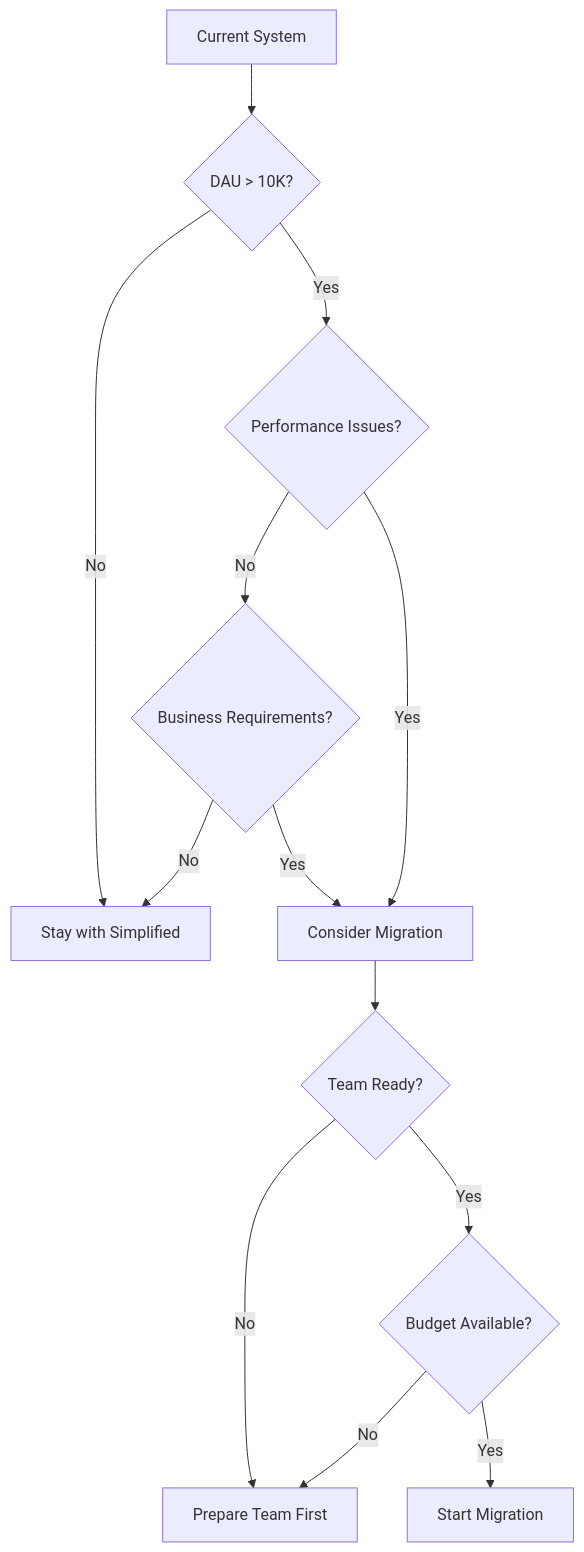
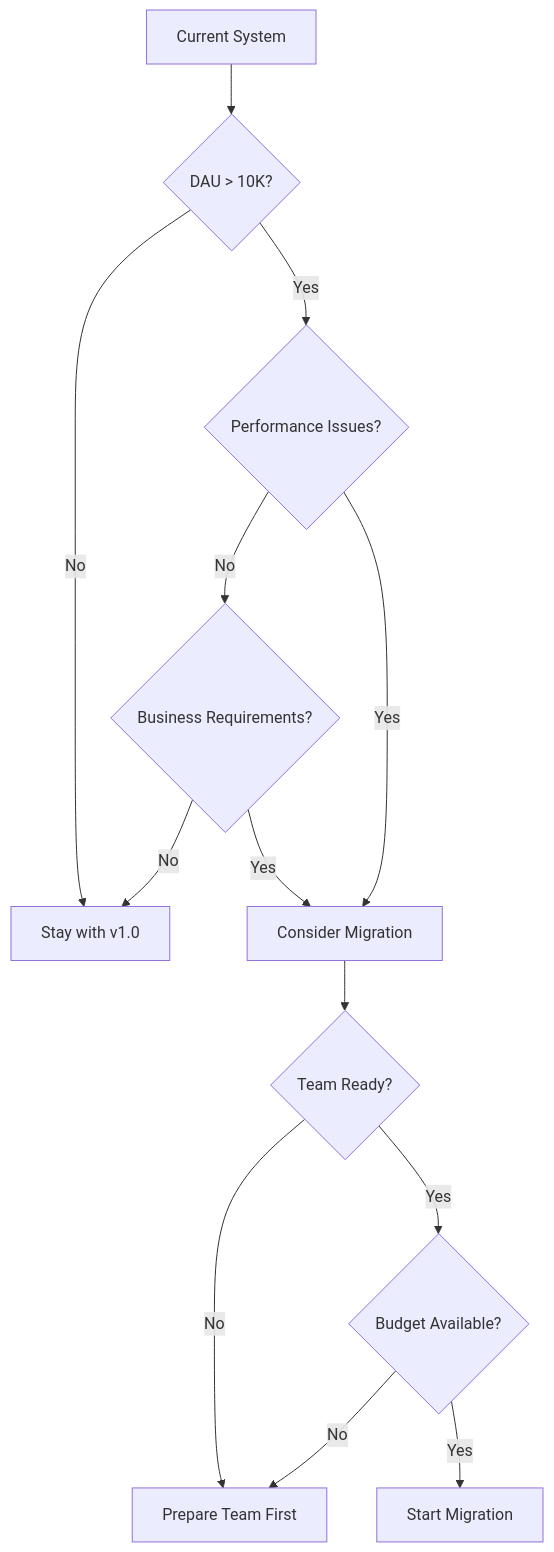
One commit to convexwf/uim-go changed the second of 3 diagrams in doc/design/design-document-guide.md. Above: the diagram before and after it, drawn with Mermaid. The commit also changed other lines of this file and 4 other files, not shown here.

````diff
--- a/doc/design/design-document-guide.md
+++ b/doc/design/design-document-guide.md
@@ -387,15 +389,15 @@
 ```mermaid
 graph TD
     A[Current System] --> B{DAU > 10K?}
-    B -->|No| C[Stay with Simplified]
+    B -->|No| C[Stay with v1.0]
     B -->|Yes| D{Performance Issues?}
     D -->|No| E{Business Requirements?}
     D -->|Yes| F[Consider Migration]
     E -->|No| C
     E -->|Yes| F
     F --> G{Team Ready?}
     G -->|No| H[Prepare Team First]
     G -->|Yes| I{Budget Available?}
     I -->|No| H
     I -->|Yes| J[Start Migration]
 ```
````
